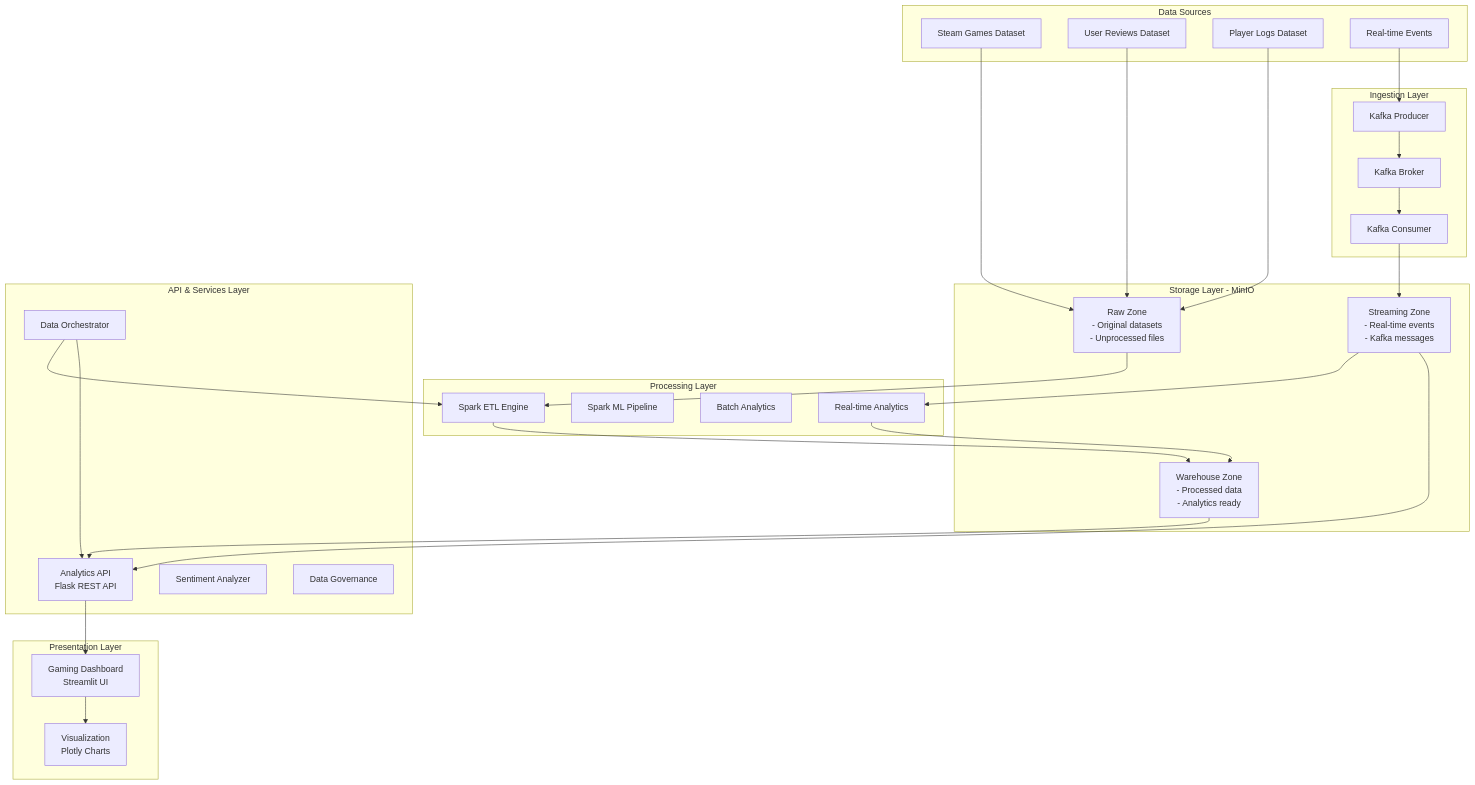
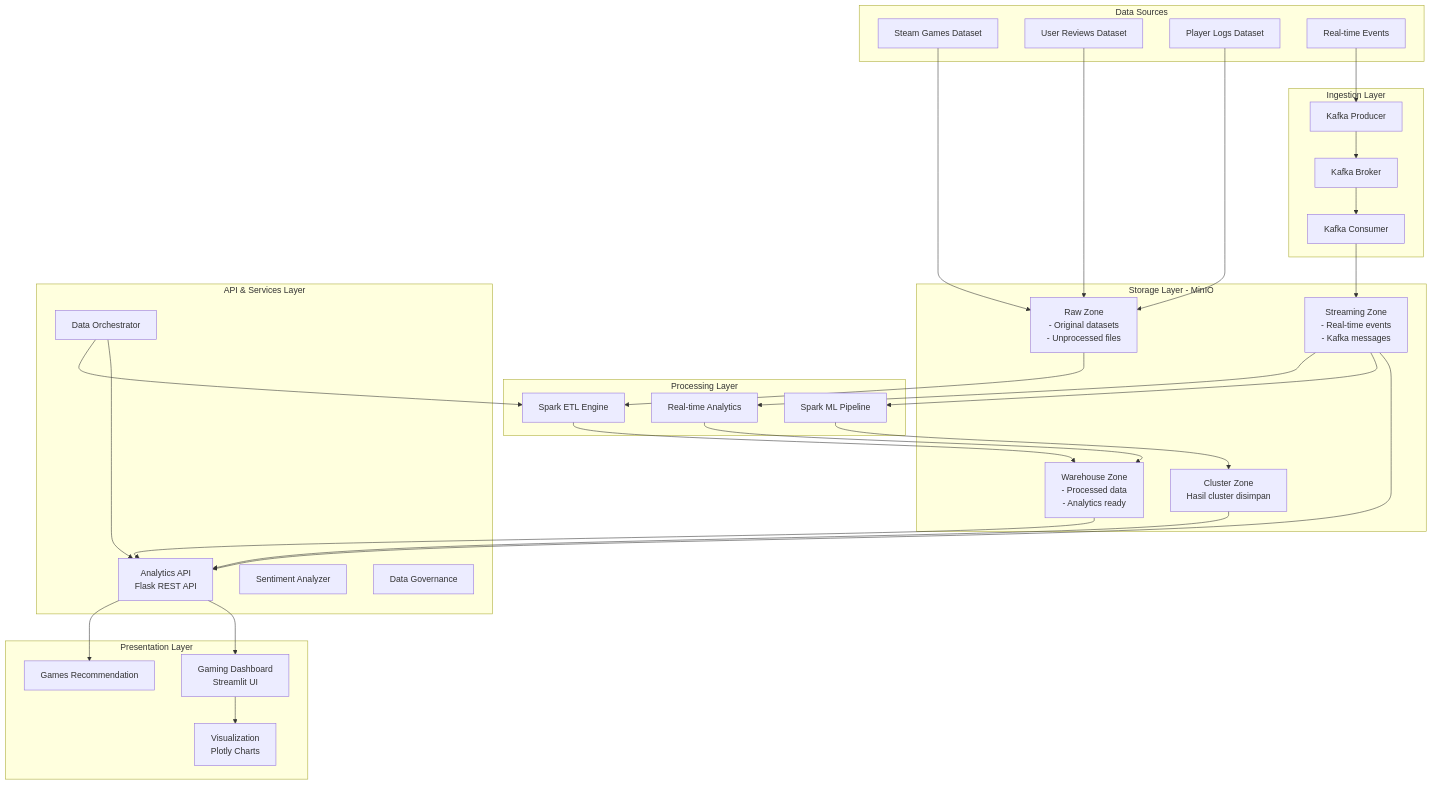
The first of 3 diagrams in README.md (Gandhiert/BIGD-FP), drawn with Mermaid before and after one commit.

````diff
--- a/README.md
+++ b/README.md
@@ -36,62 +36,67 @@
 ```mermaid
 graph TB
     subgraph "Data Sources"
         DS1[Steam Games Dataset]
         DS2[User Reviews Dataset]
         DS3[Player Logs Dataset]
         DS4[Real-time Events]
     end
 
     subgraph "Ingestion Layer"
         KP[Kafka Producer]
         KC[Kafka Consumer]
         KB[Kafka Broker]
         KP --> KB
         KB --> KC
     end
 
     subgraph "Storage Layer - MinIO"
         RZ[Raw Zone<br/>- Original datasets<br/>- Unprocessed files]
         SZ[Streaming Zone<br/>- Real-time events<br/>- Kafka messages]
         WZ[Warehouse Zone<br/>- Processed data<br/>- Analytics ready]
+        CZ[Cluster Zone<br/>Hasil cluster disimpan]
     end
 
     subgraph "Processing Layer"
         SE[Spark ETL Engine]
         SML[Spark ML Pipeline]
-        BA[Batch Analytics]
         RA[Real-time Analytics]
     end
 
     subgraph "API & Services Layer"
         API[Analytics API<br/>Flask REST API]
         SA[Sentiment Analyzer]
         DG[Data Governance]
         DO[Data Orchestrator]
     end
 
     subgraph "Presentation Layer"
         DB[Gaming Dashboard<br/>Streamlit UI]
         VZ[Visualization<br/>Plotly Charts]
+        GR[Games Recommendation]
     end
 
     DS1 --> RZ
     DS2 --> RZ
     DS3 --> RZ
     DS4 --> KP
     KC --> SZ
     
     RZ --> SE
     SZ --> RA
+    SZ --> SML
+    SML --> CZ
     SE --> WZ
     RA --> WZ
     
     WZ --> API
     SZ --> API
-    
+    CZ --> API
+
+    API --> GR
     API --> DB
     DB --> VZ
     
     DO --> SE
     DO --> API
 ```
````
